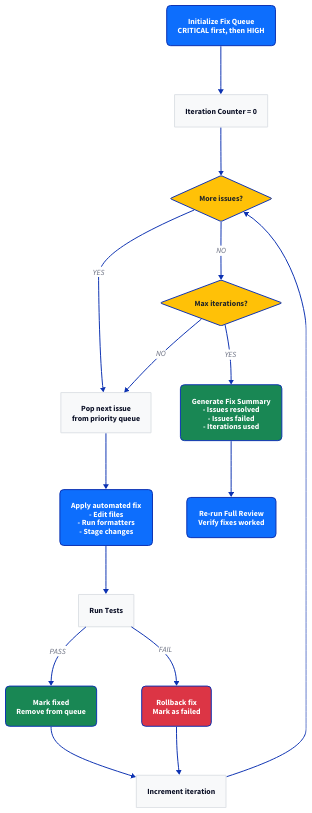
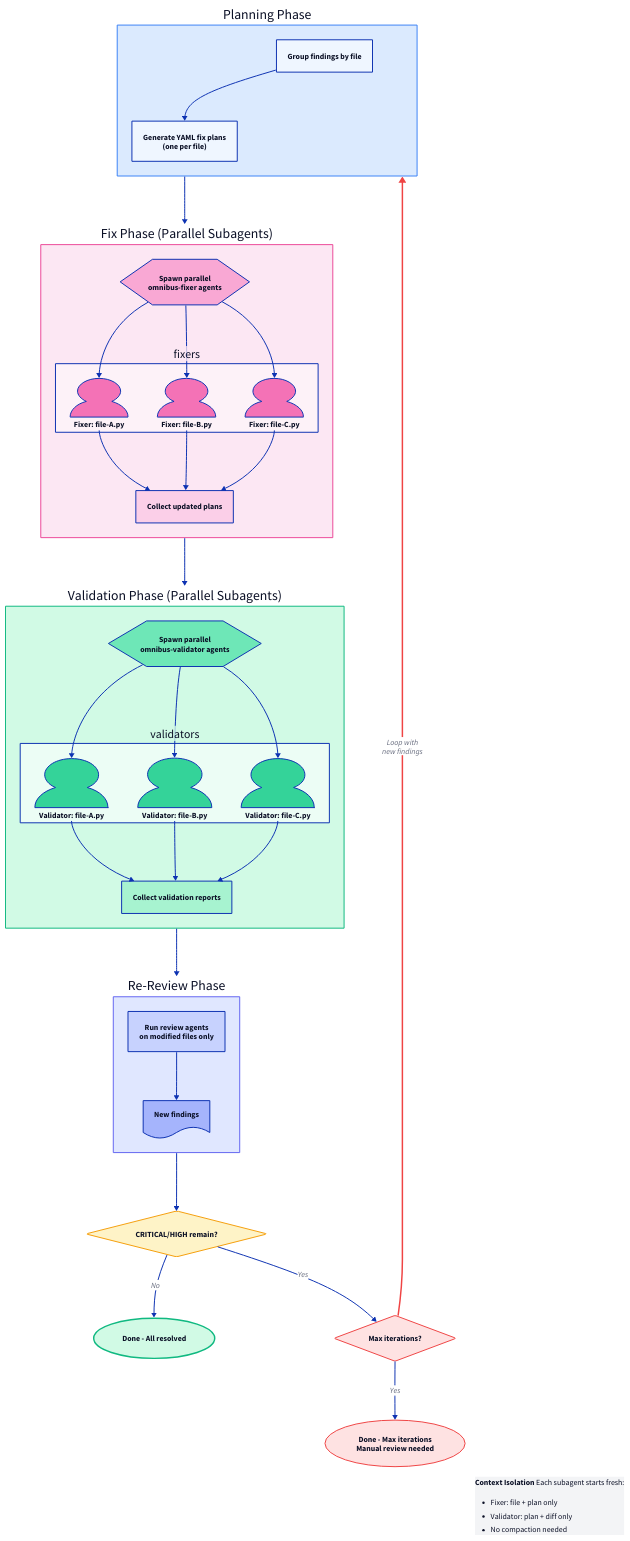
Before and after one commit to andrewcchoi/omnibus-review-maxxing: the diagram in diagrams/d2/ralph-loop.d2, drawn with D2. The commit also changed 11 other files, not shown here.

First line of the commit message:
docs: Update all documentation for parallel subagent architecture

```diff
--- a/diagrams/d2/ralph-loop.d2
+++ b/diagrams/d2/ralph-loop.d2
@@ -1,98 +1,178 @@
-# Ralph Loop Fix Cycle
-# Phase 4: Iterative fixing process
+# Ralph Loop Fix Cycle - Parallel Subagent Architecture
+# Phase 4: Iterative fixing with context isolation
 
 direction: down
 
-start: Initialize Fix Queue {
-  style.fill: "#0d6efd"
-  style.font-color: white
-  style.border-radius: 8
-  label: "Initialize Fix Queue\nCRITICAL first, then HIGH"
+# ========== PLANNING ==========
+planning: Planning Phase {
+  style.fill: "#dbeafe"
+  style.stroke: "#3b82f6"
+
+  group: Group findings by file {
+    style.fill: "#eff6ff"
+  }
+
+  plans: Generate fix plans {
+    style.fill: "#eff6ff"
+    label: "Generate YAML fix plans\n(one per file)"
+  }
+
+  group -> plans
 }
 
-counter: "Iteration Counter = 0" {
-  style.fill: "#f8f9fa"
-  style.stroke: "#dee2e6"
+# ========== PARALLEL FIXERS ==========
+fix_phase: Fix Phase (Parallel Subagents) {
+  style.fill: "#fce7f3"
+  style.stroke: "#ec4899"
+
+  dispatch_fix: Dispatch fixers {
+    shape: hexagon
+    style.fill: "#f9a8d4"
+    label: "Spawn parallel\nomnibus-fixer agents"
+  }
+
+  fixers: {
+    style.fill: "#fdf2f8"
+
+    fixer_a: "Fixer: file-A.py" {
+      shape: person
+      style.fill: "#f472b6"
+    }
+    fixer_b: "Fixer: file-B.py" {
+      shape: person
+      style.fill: "#f472b6"
+    }
+    fixer_c: "Fixer: file-C.py" {
+      shape: person
+      style.fill: "#f472b6"
+    }
+  }
+
+  collect_fix: Collect updated plans {
+    style.fill: "#fbcfe8"
+  }
+
+  dispatch_fix -> fixers.fixer_a
+  dispatch_fix -> fixers.fixer_b
+  dispatch_fix -> fixers.fixer_c
+  fixers.fixer_a -> collect_fix
+  fixers.fixer_b -> collect_fix
+  fixers.fixer_c -> collect_fix
 }
 
-check_more: More issues? {
-  shape: diamond
-  style.fill: "#ffc107"
-  style.font-color: "#212529"
+# ========== PARALLEL VALIDATORS ==========
+validate_phase: Validation Phase (Parallel Subagents) {
+  style.fill: "#d1fae5"
+  style.stroke: "#10b981"
+
+  dispatch_val: Dispatch validators {
+    shape: hexagon
+    style.fill: "#6ee7b7"
+    label: "Spawn parallel\nomnibus-validator agents"
+  }
+
+  validators: {
+    style.fill: "#ecfdf5"
+
+    val_a: "Validator: file-A.py" {
+      shape: person
+      style.fill: "#34d399"
+    }
+    val_b: "Validator: file-B.py" {
+      shape: person
+      style.fill: "#34d399"
+    }
+    val_c: "Validator: file-C.py" {
+      shape: person
+      style.fill: "#34d399"
+    }
+  }
+
+  collect_val: Collect validation reports {
+    style.fill: "#a7f3d0"
+  }
+
+  dispatch_val -> validators.val_a
+  dispatch_val -> validators.val_b
+  dispatch_val -> validators.val_c
+  validators.val_a -> collect_val
+  validators.val_b -> collect_val
+  validators.val_c -> collect_val
 }
 
-check_max: Max iterations? {
-  shape: diamond
-  style.fill: "#ffc107"
-  style.font-color: "#212529"
+# ========== RE-REVIEW ==========
+rereview: Re-Review Phase {
+  style.fill: "#e0e7ff"
+  style.stroke: "#6366f1"
+
+  run: Run 6 review agents {
+    style.fill: "#c7d2fe"
+    label: "Run review agents\non modified files only"
+  }
+
+  findings: New findings {
+    shape: document
+    style.fill: "#a5b4fc"
+  }
+
+  run -> findings
 }
 
-pop: Pop next issue {
-  style.fill: "#f8f9fa"
-  style.stroke: "#dee2e6"
-  label: "Pop next issue\nfrom priority queue"
+# ========== DECISION ==========
+decision: CRITICAL/HIGH remain? {
+  shape: diamond
+  style.fill: "#fef3c7"
+  style.stroke: "#f59e0b"
 }
 
-fix: Apply Fix {
-  style.fill: "#0d6efd"
-  style.font-color: white
-  style.border-radius: 8
-  label: "Apply automated fix\n- Edit files\n- Run formatters\n- Stage changes"
+max_check: Max iterations? {
+  shape: diamond
+  style.fill: "#fee2e2"
+  style.stroke: "#ef4444"
 }
 
-test: Run Tests {
-  style.fill: "#f8f9fa"
-  style.stroke: "#dee2e6"
+# ========== OUTCOMES ==========
+success: Done - All resolved {
+  shape: oval
+  style.fill: "#d1fae5"
+  style.stroke: "#10b981"
+  style.stroke-width: 3
 }
 
-pass: Mark Fixed {
-  style.fill: "#198754"
-  style.font-color: white
-  style.border-radius: 8
-  label: "Mark fixed\nRemove from queue"
+max_exit: Done - Max iterations {
+  shape: oval
+  style.fill: "#fee2e2"
+  style.stroke: "#ef4444"
+  style.stroke-width: 2
+  label: "Done - Max iterations\nManual review needed"
 }
 
-fail: Rollback {
-  style.fill: "#dc3545"
-  style.font-color: white
-  style.border-radius: 8
-  label: "Rollback fix\nMark as failed"
+# ========== CONNECTIONS ==========
+planning -> fix_phase
+fix_phase -> validate_phase
+validate_phase -> rereview
+rereview -> decision
+
+decision -> success: No
+decision -> max_check: Yes
+
+max_check -> max_exit: Yes
+max_check -> planning: No {
+  style.stroke: "#ef4444"
+  style.stroke-width: 3
+  label: "Loop with\nnew findings"
 }
 
-increment: Increment iteration {
-  style.fill: "#f8f9fa"
-  style.stroke: "#dee2e6"
+# ========== LEGEND ==========
+legend: {
+  style.fill: "#f3f4f6"
+  near: bottom-right
+
+  label: |md
+    **Context Isolation**
+    Each subagent starts fresh:
+    - Fixer: file + plan only
+    - Validator: plan + diff only
+    - No compaction needed
+  |
 }
-
-rerun: Re-run Review {
-  style.fill: "#0d6efd"
-  style.font-color: white
-  style.border-radius: 8
-  label: "Re-run Full Review\nVerify fixes worked"
-}
-
-summary: Generate Summary {
-  style.fill: "#198754"
-  style.font-color: white
-  style.border-radius: 8
-  label: "Generate Fix Summary\n- Issues resolved\n- Issues failed\n- Iterations used"
-}
-
-start -> counter
-counter -> check_more
-
-check_more -> pop: YES
-check_more -> check_max: NO
-
-check_max -> summary: YES
-check_max -> pop: NO
-
-pop -> fix
-fix -> test
-test -> pass: PASS
-test -> fail: FAIL
-pass -> increment
-fail -> increment
-increment -> check_more
-
-summary -> rerun
```
